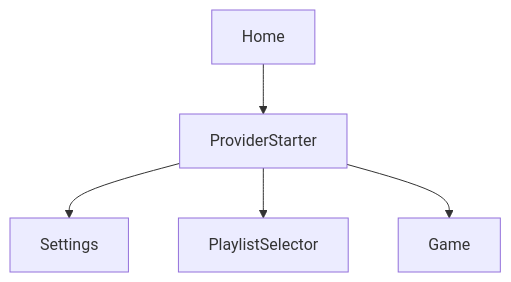
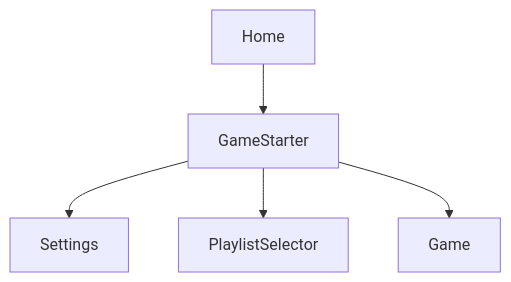
One commit to Hernandva/Playlister changed the diagram in Playlister/FEATURES.md. Above: the diagram before and after it, drawn with Mermaid. The commit also changed other lines of this file and 19 other files, not shown here.

Commit message:
change: ProviderStarter to GameStarter

````diff
--- a/Playlister/FEATURES.md
+++ b/Playlister/FEATURES.md
@@ -185,8 +185,8 @@
 ```mermaid
 graph TD
     Home
-    Home --> ProviderStarter
-    ProviderStarter --> Settings
-    ProviderStarter --> PlaylistSelector
-    ProviderStarter --> Game
+    Home --> GameStarter
+    GameStarter --> Settings
+    GameStarter --> PlaylistSelector
+    GameStarter --> Game
 ```
````
